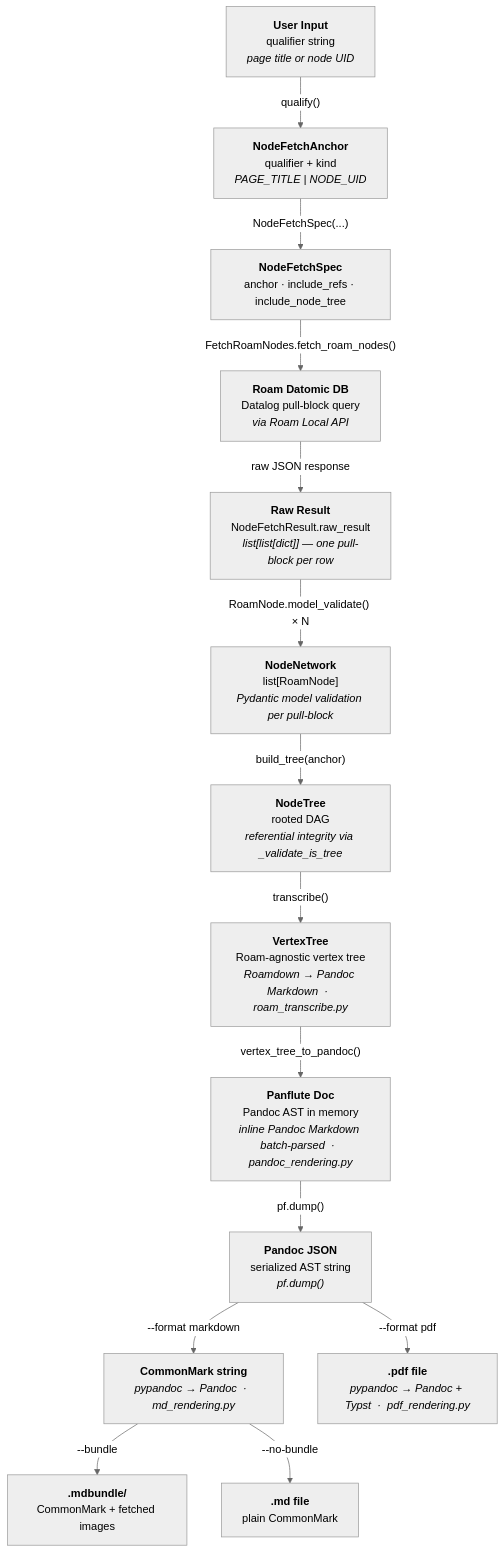
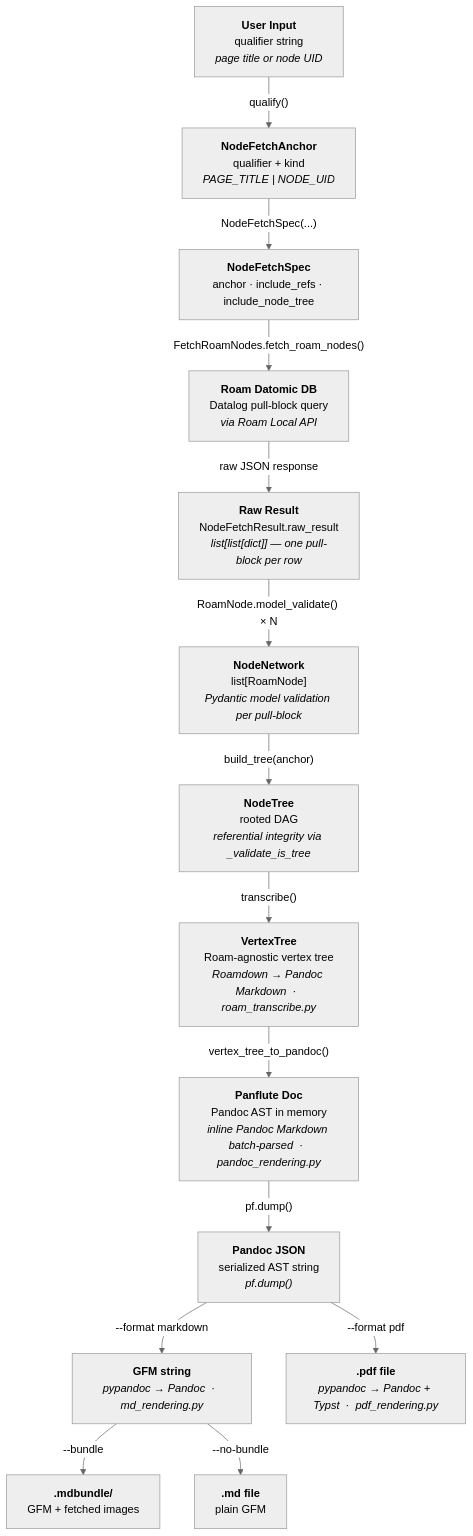
Before and after one commit to jpanico/inktomi: the diagram in docs/processing_pipeline.md, drawn with Mermaid (neutral theme). The commit also changed other lines of this file and 8 other files, not shown here.

Commit message:
Switch Markdown output format from CommonMark to GFM

````diff
--- a/docs/processing_pipeline.md
+++ b/docs/processing_pipeline.md
@@ -17,44 +17,44 @@
 ```mermaid
 flowchart TD
     USER["<b>User Input</b><br/>qualifier string<br/><i>page title or node UID</i>"]
 
     ANCHOR["<b>NodeFetchAnchor</b><br/>qualifier + kind<br/><i>PAGE_TITLE | NODE_UID</i>"]
 
     SPEC["<b>NodeFetchSpec</b><br/>anchor · include_refs · include_node_tree"]
 
     QUERY["<b>Roam Datomic DB</b><br/>Datalog pull-block query<br/><i>via Roam Local API</i>"]
 
     RAW["<b>Raw Result</b><br/>NodeFetchResult.raw_result<br/><i>list[list[dict]] — one pull-block per row</i>"]
 
     NETWORK["<b>NodeNetwork</b><br/>list[RoamNode]<br/><i>Pydantic model validation per pull-block</i>"]
 
     TREE["<b>NodeTree</b><br/>rooted DAG<br/><i>referential integrity via _validate_is_tree</i>"]
 
     VTREE["<b>VertexTree</b><br/>Roam-agnostic vertex tree<br/><i>Roamdown → Pandoc Markdown  ·  roam_transcribe.py</i>"]
 
     PANFLUTE["<b>Panflute Doc</b><br/>Pandoc AST in memory<br/><i>inline Pandoc Markdown batch-parsed  ·  pandoc_rendering.py</i>"]
 
     PANDOC_JSON["<b>Pandoc JSON</b><br/>serialized AST string<br/><i>pf.dump()</i>"]
 
-    MDTEXT["<b>CommonMark string</b><br/><i>pypandoc → Pandoc  ·  md_rendering.py</i>"]
+    MDTEXT["<b>GFM string</b><br/><i>pypandoc → Pandoc  ·  md_rendering.py</i>"]
 
-    BUNDLE["<b>.mdbundle/</b><br/>CommonMark + fetched images"]
+    BUNDLE["<b>.mdbundle/</b><br/>GFM + fetched images"]
 
-    MDFILE["<b>.md file</b><br/>plain CommonMark"]
+    MDFILE["<b>.md file</b><br/>plain GFM"]
 
     PDF["<b>.pdf file</b><br/><i>pypandoc → Pandoc + Typst  ·  pdf_rendering.py</i>"]
 
     USER    -->|"qualify()"| ANCHOR
     ANCHOR  -->|"NodeFetchSpec(...)"| SPEC
     SPEC    -->|"FetchRoamNodes.fetch_roam_nodes()"| QUERY
     QUERY   -->|"raw JSON response"| RAW
     RAW     -->|"RoamNode.model_validate() × N"| NETWORK
     NETWORK -->|"build_tree(anchor)"| TREE
     TREE    -->|"transcribe()"| VTREE
     VTREE   -->|"vertex_tree_to_pandoc()"| PANFLUTE
     PANFLUTE -->|"pf.dump()"| PANDOC_JSON
     PANDOC_JSON -->|"--format markdown"| MDTEXT
     PANDOC_JSON -->|"--format pdf"| PDF
     MDTEXT  -->|"--bundle"| BUNDLE
     MDTEXT  -->|"--no-bundle"| MDFILE
 ```
````
